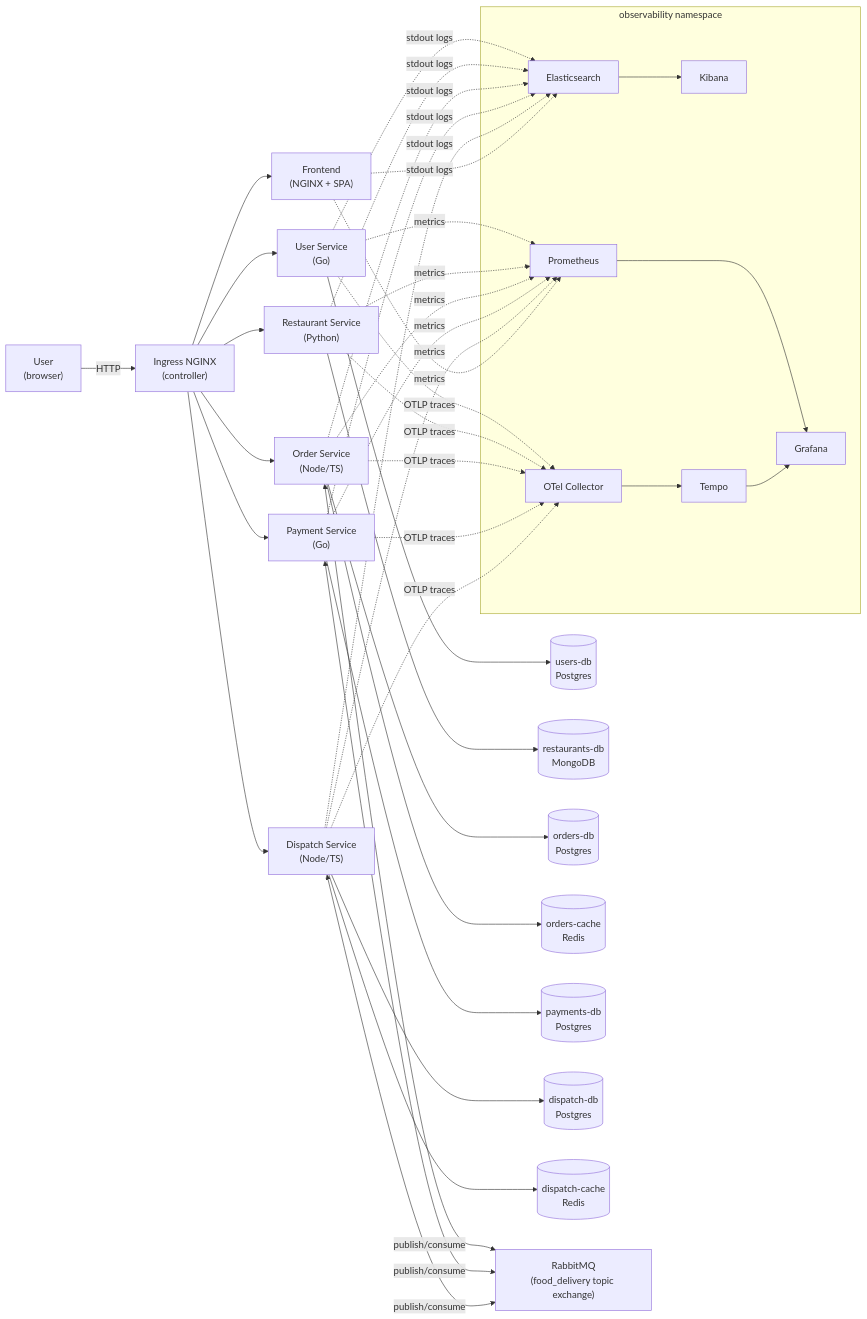
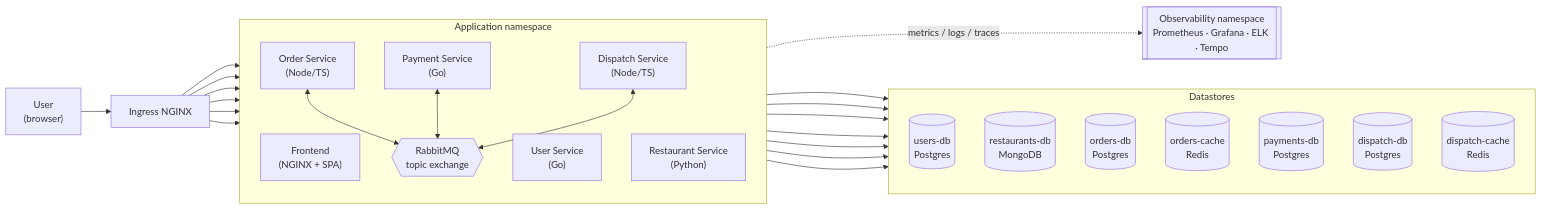
Before and after one commit to ThePainTester/food-delivery: the first of 8 diagrams in README.md, drawn with Mermaid. The commit also changed other lines of this file, not shown here.

````diff
--- a/README.md
+++ b/README.md
@@ -29,38 +29,41 @@
 ```mermaid
 flowchart LR
-  user["User<br/>(browser)"] -->|HTTP| ingress["Ingress NGINX<br/>(controller)"]
-  ingress --> fe["Frontend<br/>(NGINX + SPA)"]
-  ingress --> us["User Service<br/>(Go)"]
-  ingress --> rs["Restaurant Service<br/>(Python)"]
-  ingress --> os["Order Service<br/>(Node/TS)"]
-  ingress --> ps["Payment Service<br/>(Go)"]
-  ingress --> ds["Dispatch Service<br/>(Node/TS)"]
+  user["User<br/>(browser)"] --> ing["Ingress NGINX"]
 
-  us --> usdb[("users-db<br/>Postgres")]
-  rs --> rsdb[("restaurants-db<br/>MongoDB")]
-  os --> osdb[("orders-db<br/>Postgres")]
-  os --> cache[("orders-cache<br/>Redis")]
-  ps --> psdb[("payments-db<br/>Postgres")]
-  ds --> dsdb[("dispatch-db<br/>Postgres")]
-  ds --> dscache[("dispatch-cache<br/>Redis")]
-
-  os <-->|publish/consume| rabbit["RabbitMQ<br/>(food_delivery topic exchange)"]
-  ps <-->|publish/consume| rabbit
-  ds <-->|publish/consume| rabbit
-
-  subgraph obs ["observability namespace"]
-    prom["Prometheus"]
-    graf["Grafana"]
-    es["Elasticsearch"]
-    kib["Kibana"]
-    tempo["Tempo"]
-    otel["OTel Collector"]
+  subgraph apps ["Application namespace"]
+    direction TB
+    fe["Frontend<br/>(NGINX + SPA)"]
+    us["User Service<br/>(Go)"]
+    rs["Restaurant Service<br/>(Python)"]
+    os["Order Service<br/>(Node/TS)"]
+    ps["Payment Service<br/>(Go)"]
+    ds["Dispatch Service<br/>(Node/TS)"]
+    rabbit{{"RabbitMQ<br/>topic exchange"}}
   end
 
-  us & rs & os & ps & ds & fe -. metrics .-> prom
-  us & rs & os & ps & ds & fe -. stdout logs .-> es
-  us & rs & os & ps & ds -. OTLP traces .-> otel --> tempo
-  prom --> graf
-  tempo --> graf
-  es --> kib
+  ing --> fe & us & rs & os & ps & ds
+
+  os <--> rabbit
+  ps <--> rabbit
+  ds <--> rabbit
+
+  subgraph data ["Datastores"]
+    direction TB
+    usdb[("users-db<br/>Postgres")]
+    rsdb[("restaurants-db<br/>MongoDB")]
+    osdb[("orders-db<br/>Postgres")]
+    cache[("orders-cache<br/>Redis")]
+    psdb[("payments-db<br/>Postgres")]
+    dsdb[("dispatch-db<br/>Postgres")]
+    dscache[("dispatch-cache<br/>Redis")]
+  end
+
+  us --> usdb
+  rs --> rsdb
+  os --> osdb & cache
+  ps --> psdb
+  ds --> dsdb & dscache
+
+  obs[["Observability namespace<br/>Prometheus · Grafana · ELK · Tempo"]]
+  apps -. metrics / logs / traces .-> obs
 ```
````
